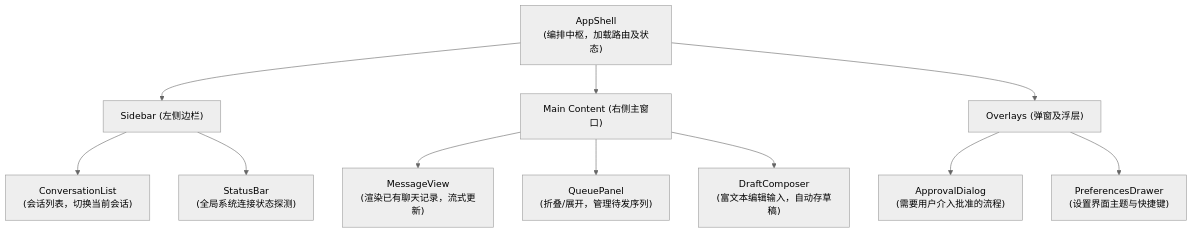
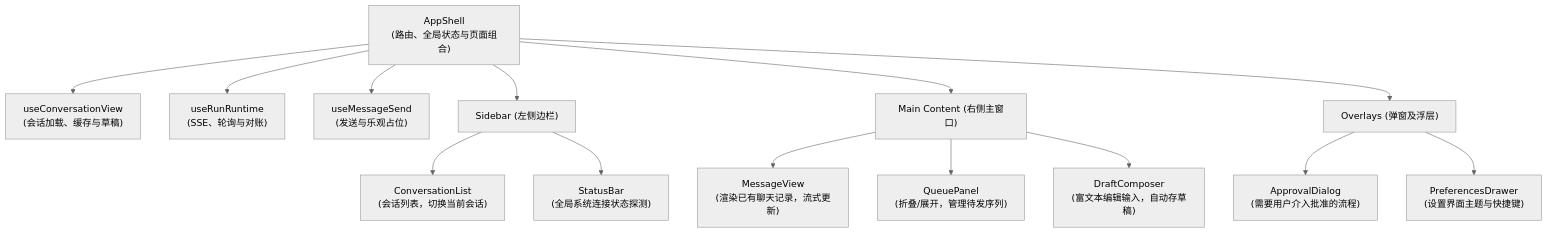
Before and after one commit to ermu03/emu-chat: the third of 3 diagrams in docs/01-architecture.md, drawn with Mermaid (neutral theme). The commit also changed other lines of this file and 11 other files, not shown here.

Commit message:
refactor(client): split AppShell state and effects into hooks.

````diff
--- a/docs/01-architecture.md
+++ b/docs/01-architecture.md
@@ -144,22 +144,28 @@
 ```mermaid
 flowchart TD
-    AppShell["AppShell<br/>(编排中枢，加载路由及状态)"]
+    AppShell["AppShell<br/>(路由、全局状态与页面组合)"]
+    View["useConversationView<br/>(会话加载、缓存与草稿)"]
+    Runtime["useRunRuntime<br/>(SSE、轮询与对账)"]
+    Send["useMessageSend<br/>(发送与乐观占位)"]
     
     Sidebar["Sidebar (左侧边栏)"]
     Main["Main Content (右侧主窗口)"]
     Overlay["Overlays (弹窗及浮层)"]
     
     AppShell --> Sidebar
     AppShell --> Main
     AppShell --> Overlay
+    AppShell --> View
+    AppShell --> Runtime
+    AppShell --> Send
     
     Sidebar --> ConversationList["ConversationList<br/>(会话列表，切换当前会话)"]
     Sidebar --> StatusBar["StatusBar<br/>(全局系统连接状态探测)"]
     
     Main --> MessageView["MessageView<br/>(渲染已有聊天记录，流式更新)"]
     Main --> QueuePanel["QueuePanel<br/>(折叠/展开，管理待发序列)"]
     Main --> DraftComposer["DraftComposer<br/>(富文本编辑输入，自动存草稿)"]
     
     Overlay --> ApprovalDialog["ApprovalDialog<br/>(需要用户介入批准的流程)"]
     Overlay --> PreferencesDrawer["PreferencesDrawer<br/>(设置界面主题与快捷键)"]
 ```
````
